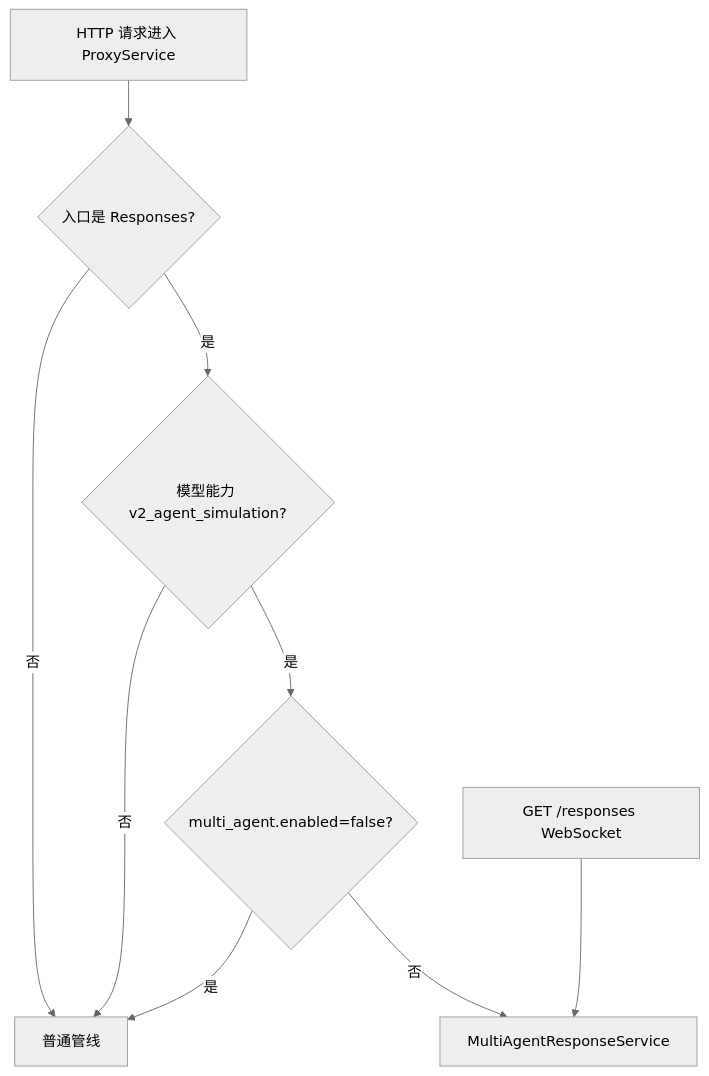
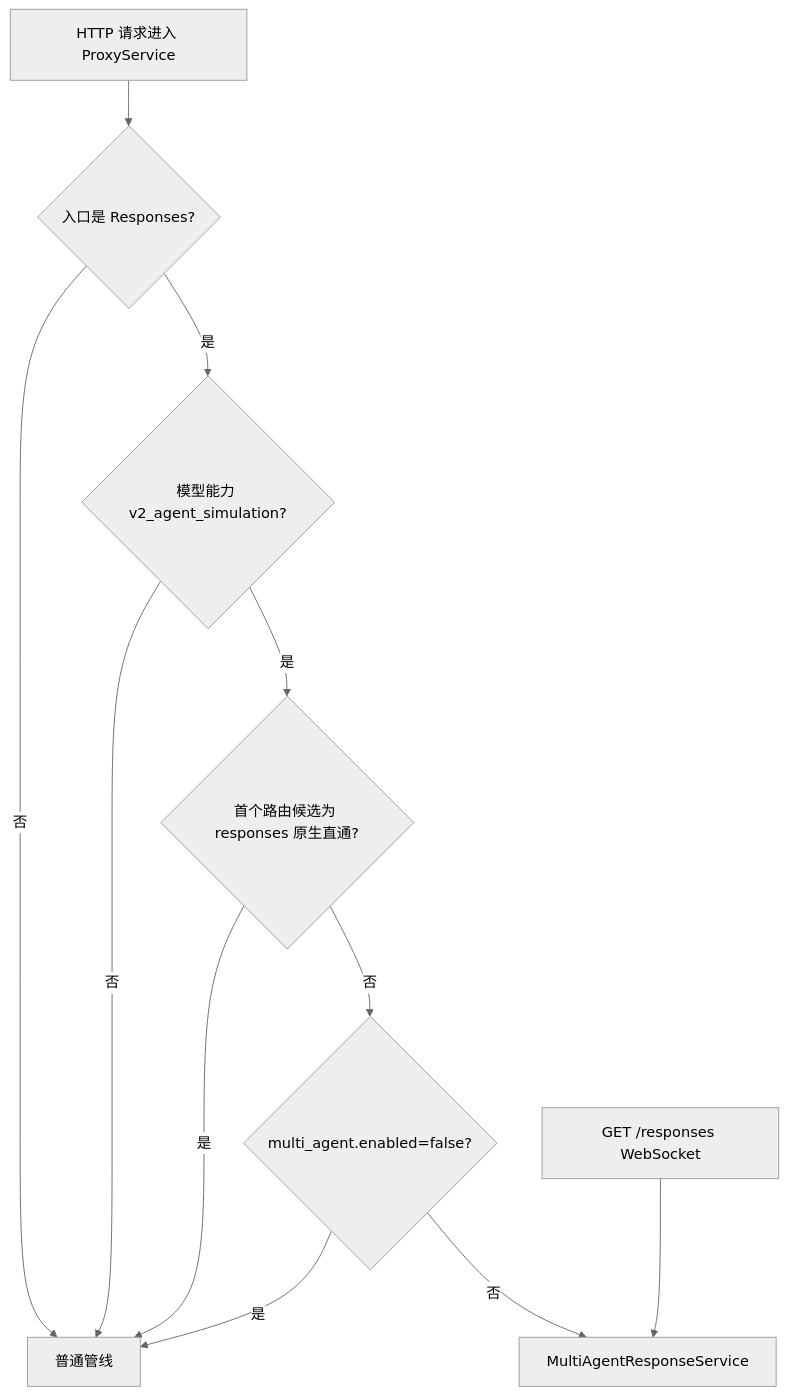
Before and after one commit to shL1481558059/OpenCodex: the diagram in prd/19-multi-agent-simulation.md, drawn with Mermaid (neutral theme). The commit also changed other lines of this file and 5 other files, not shown here.

First line of the commit message:
feat(multi-agent): responses 直通时跳过 v2 模拟与工具注入

````diff
--- a/prd/19-multi-agent-simulation.md
+++ b/prd/19-multi-agent-simulation.md
@@ -125,11 +126,13 @@
 ```mermaid
 flowchart TD
     A[HTTP 请求进入 ProxyService] --> B{入口是 Responses?}
     B -- 否 --> P[普通管线]
     B -- 是 --> C{模型能力 v2_agent_simulation?}
     C -- 否 --> P
-    C -- 是 --> D{multi_agent.enabled=false?}
+    C -- 是 --> N{首个路由候选为 responses 原生直通?}
+    N -- 是 --> P
+    N -- 否 --> D{multi_agent.enabled=false?}
     D -- 是 --> P
     D -- 否 --> M[MultiAgentResponseService]
     W[GET /responses WebSocket] --> M
 ```
````
